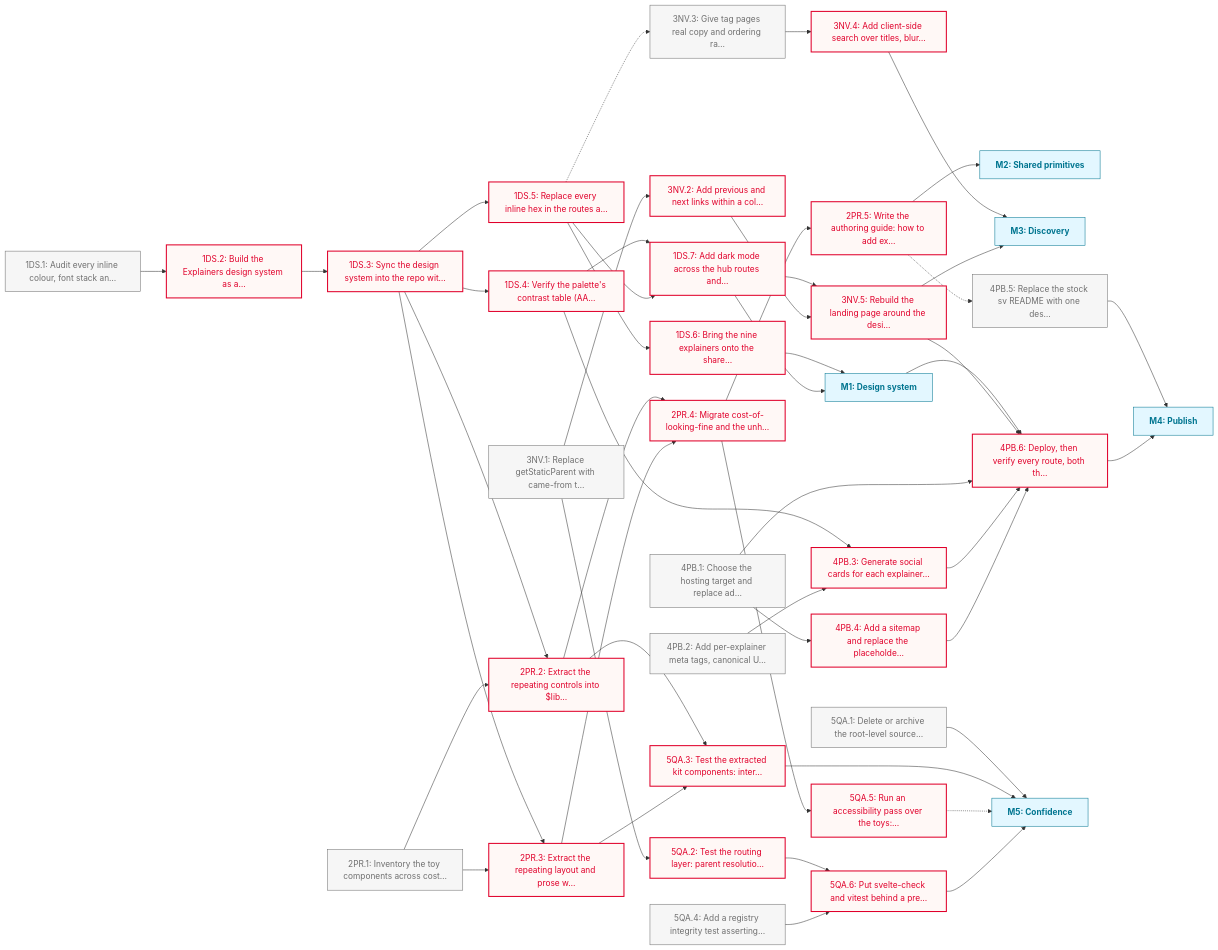
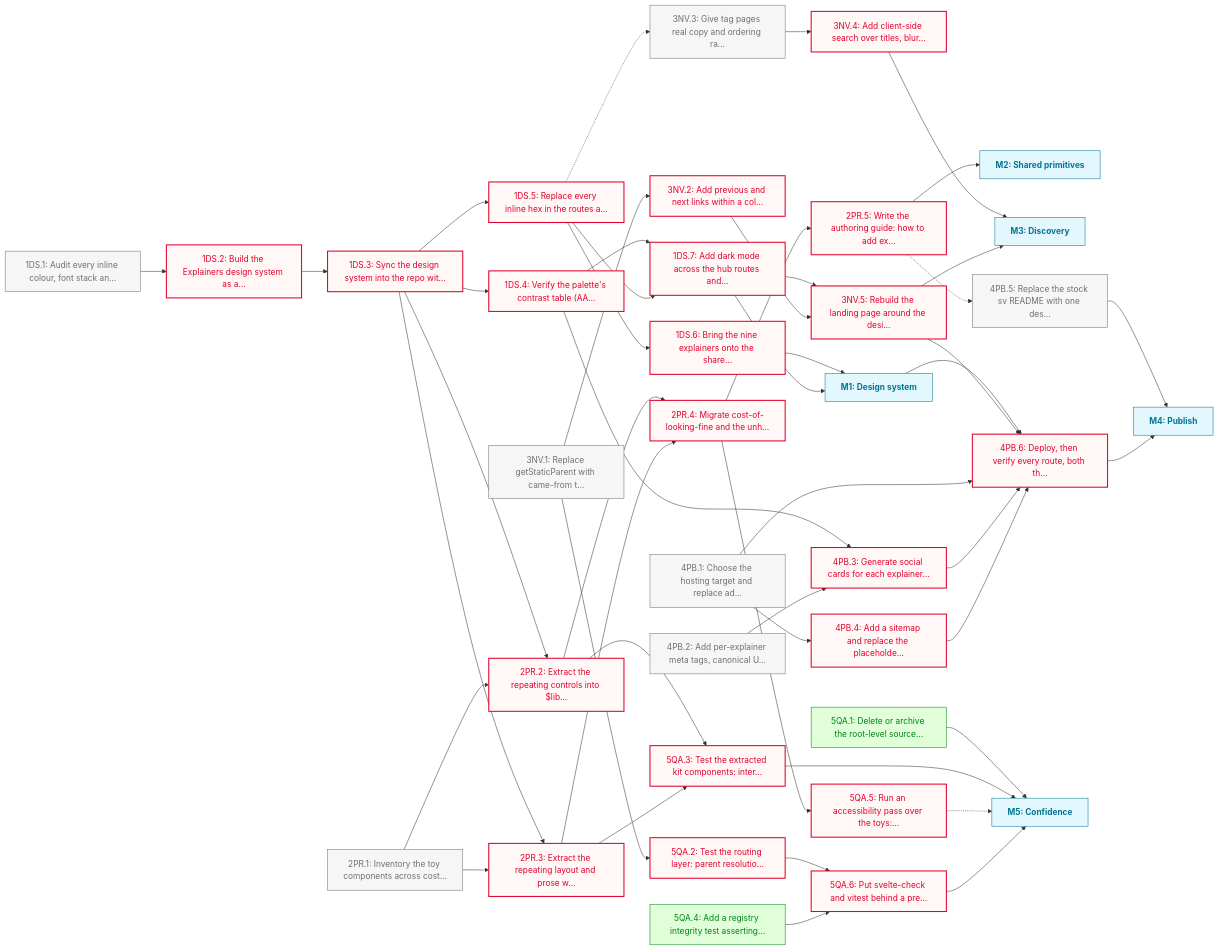
One commit to JasonWarrenUK/explainers changed the diagram in docs/roadmaps/PHASE_1.md. Above: the diagram before and after it, drawn with Mermaid. The commit also changed other lines of this file and 1 other file, not shown here.

First line of the commit message:
docs(roadmap): mark 5QA.1 and 5QA.4 done

````diff
--- a/docs/roadmaps/PHASE_1.md
+++ b/docs/roadmaps/PHASE_1.md
@@ -178,6 +178,7 @@
 	5QA.4 --> 5QA.6
 	5QA.5 -.-> M5
 	5QA.6 --> M5
-	class 1DS.1,2PR.1,3NV.1,3NV.3,4PB.1,4PB.2,4PB.5,5QA.1,5QA.4 todo
+	class 1DS.1,2PR.1,3NV.1,3NV.3,4PB.1,4PB.2,4PB.5 todo
 	class 1DS.2,1DS.3,1DS.4,1DS.5,1DS.6,1DS.7,2PR.2,2PR.3,2PR.4,2PR.5,3NV.2,3NV.4,3NV.5,4PB.3,4PB.4,4PB.6,5QA.2,5QA.3,5QA.5,5QA.6 blocked
+	class 5QA.1,5QA.4 done
 ```
````
